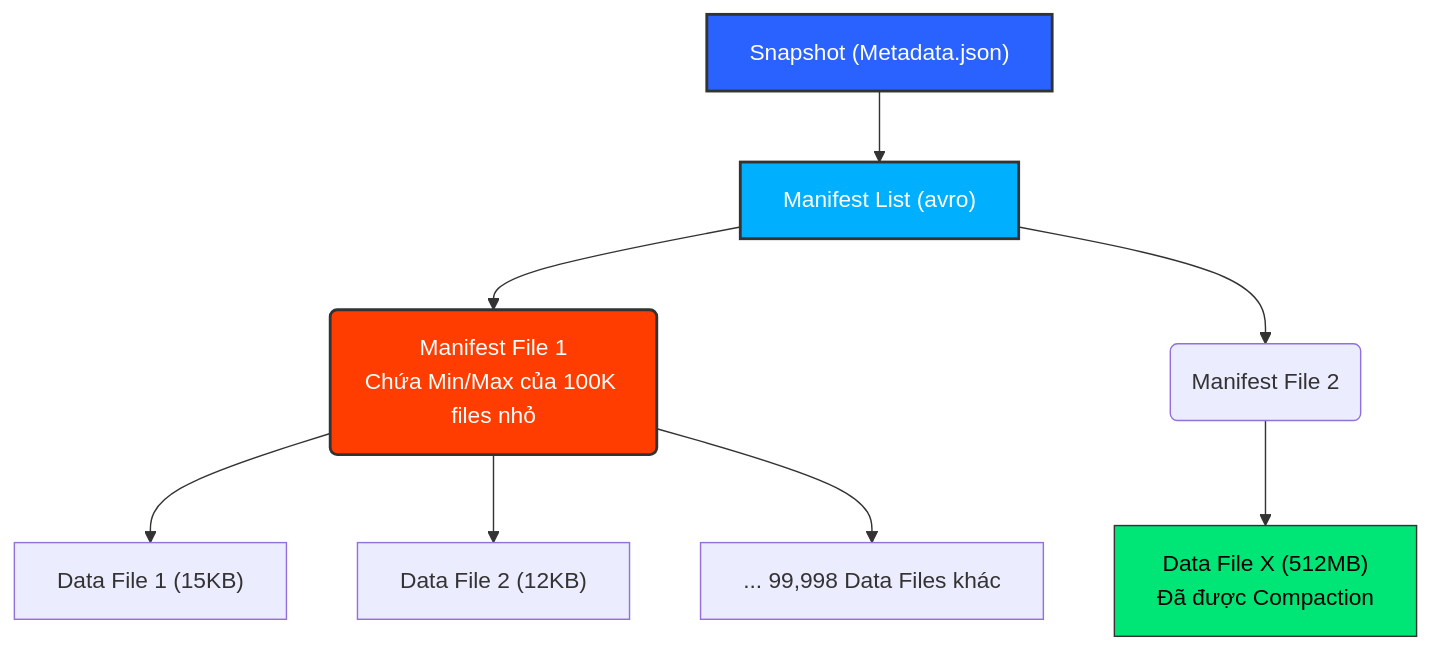
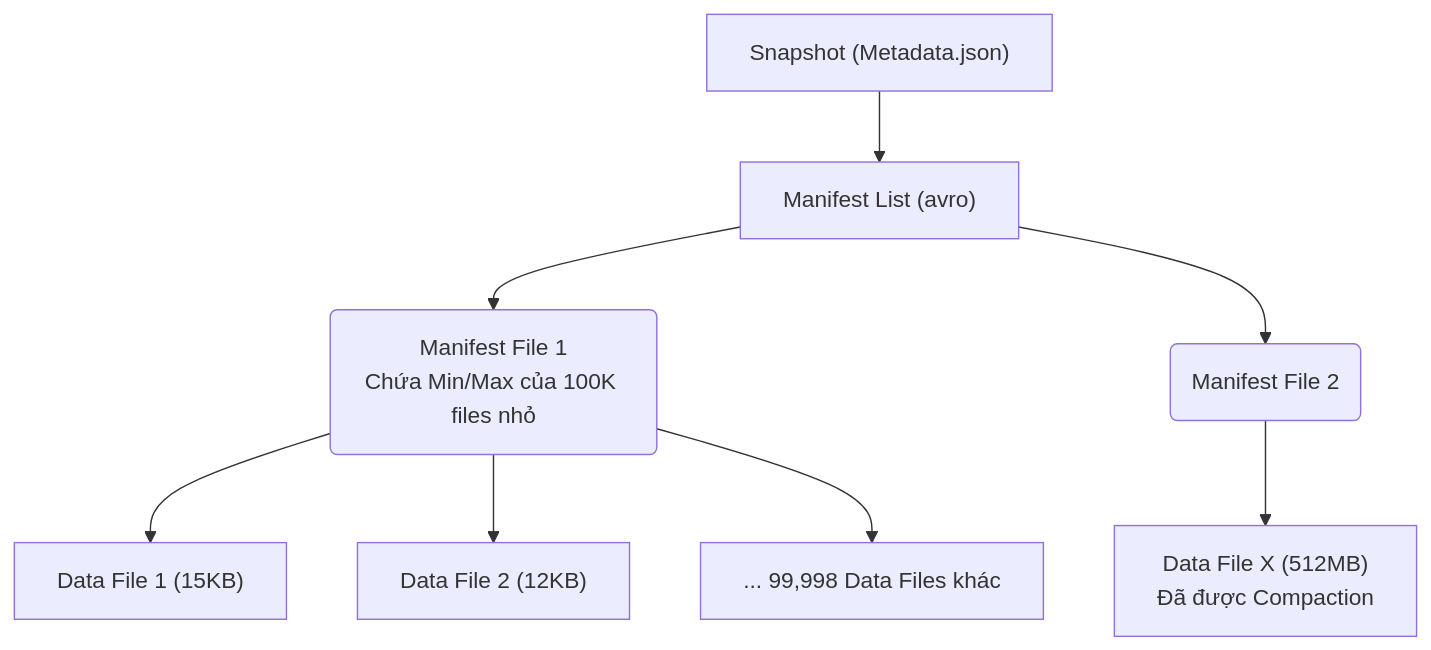
One commit to kythuatdulieu/kythuatdulieu.github.io changed the diagram in src/content/docs/concepts/3-storage-engines-formats/iceberg-small-files-compaction.md. Above: the diagram before and after it, drawn with Mermaid. The commit also changed other lines of this file and 686 other files, not shown here.

````diff
--- a/src/content/docs/concepts/3-storage-engines-formats/iceberg-small-files-compaction.md
+++ b/src/content/docs/concepts/3-storage-engines-formats/iceberg-small-files-compaction.md
@@ -41,17 +41,16 @@
 ```mermaid
 graph TD
     A["Snapshot (Metadata.json)"] --> B["Manifest List (avro)"]
     B --> C1("Manifest File 1<br/>Chứa Min/Max của 100K files nhỏ")
     B --> C2("Manifest File 2")
     
     C1 --> D1["Data File 1 (15KB)"]
     C1 --> D2["Data File 2 (12KB)"]
     C1 --> D3["... 99,998 Data Files khác"]
     
     C2 --> D4["Data File X (512MB)<br/>Đã được Compaction"]
-    
-    style A fill:#2962FF,stroke:#333,stroke-width:2px,color:#fff
-    style B fill:#00B0FF,stroke:#333,stroke-width:2px,color:#fff
-    style C1 fill:#FF3D00,stroke:#333,stroke-width:2px,color:#fff
-    style D4 fill:#00E676,stroke:#333,color:#000
+
+
+
+
 ```
````
